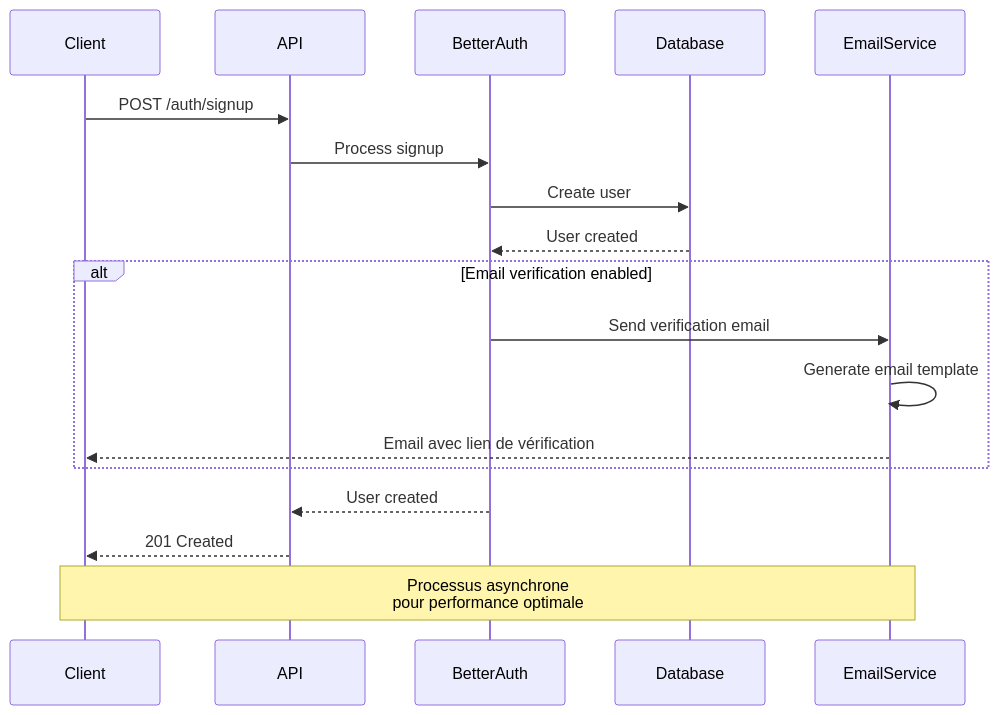
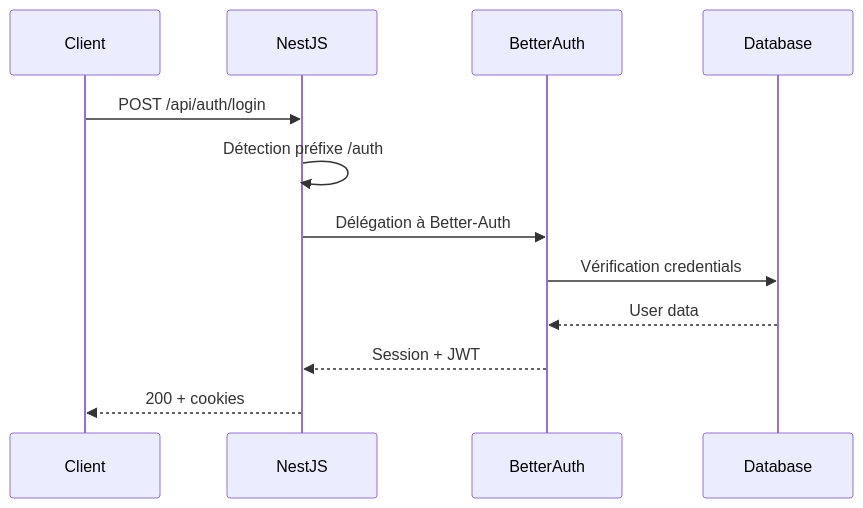
One commit to Netsbump/dropit-documentation changed the first of 3 diagrams in src/content/docs/securite/authentification.md. Above: the diagram before and after it, drawn with Mermaid. The commit also changed other lines of this file and 1 other file, not shown here.

````diff
--- a/src/content/docs/securite/authentification.md
+++ b/src/content/docs/securite/authentification.md
@@ -273,24 +74,15 @@
 ```mermaid
 sequenceDiagram
     participant Client
-    participant API
+    participant NestJS
     participant BetterAuth
     participant Database
-    participant EmailService
 
-    Client->>API: POST /auth/signup
-    API->>BetterAuth: Process signup
-    BetterAuth->>Database: Create user
-    Database-->>BetterAuth: User created
-    
-    alt Email verification enabled
-        BetterAuth->>EmailService: Send verification email
-        EmailService->>EmailService: Generate email template
-        EmailService-->>Client: Email avec lien de vérification
-    end
-    
-    BetterAuth-->>API: User created
-    API-->>Client: 201 Created
-    
-    Note over Client,EmailService: Processus asynchrone<br/>pour performance optimale
+    Client->>NestJS: POST /api/auth/login
+    NestJS->>NestJS: Détection préfixe /auth
+    NestJS->>BetterAuth: Délégation à Better-Auth
+    BetterAuth->>Database: Vérification credentials
+    Database-->>BetterAuth: User data
+    BetterAuth-->>NestJS: Session + JWT
+    NestJS-->>Client: 200 + cookies
 ```
````
